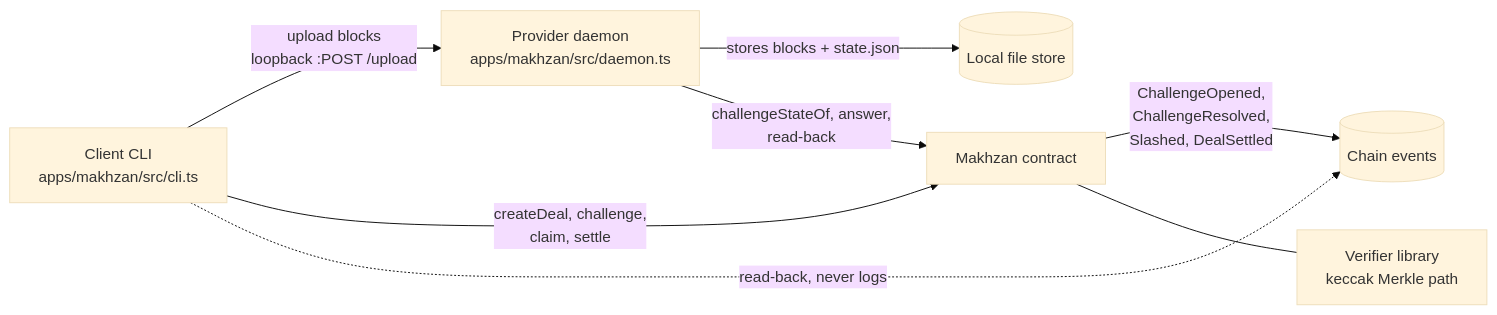
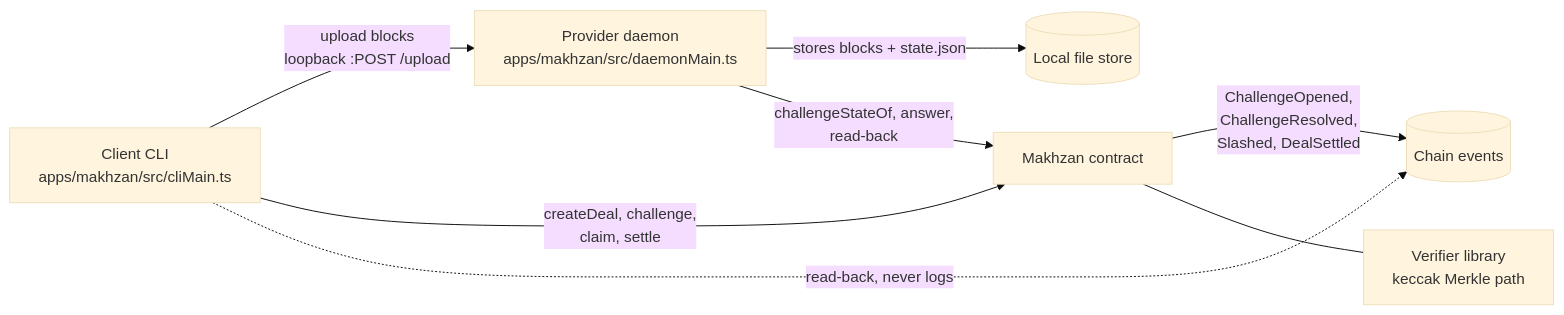
Before and after one commit to MohammedSoliman10/portaldot-hackathon-2026-makhzan-soliman: the diagram in README.md, drawn with Mermaid (base theme). The commit also changed other lines of this file and 1 other file, not shown here.

````diff
--- a/README.md
+++ b/README.md
@@ -41,10 +44,10 @@
 ```mermaid
 flowchart LR
-  A[Client CLI<br/>apps/makhzan/src/cli.ts] -->|upload blocks<br/>loopback :POST /upload| B[Provider daemon<br/>apps/makhzan/src/daemon.ts]
+  A[Client CLI<br/>apps/makhzan/src/cliMain.ts] -->|upload blocks<br/>loopback :POST /upload| B[Provider daemon<br/>apps/makhzan/src/daemonMain.ts]
   B -->|stores blocks + state.json| S[(Local file store)]
   A -->|createDeal, challenge,<br/>claim, settle| C[Makhzan contract]
   B -->|challengeStateOf, answer,<br/>read-back| C
   C -->|ChallengeOpened,<br/>ChallengeResolved,<br/>Slashed, DealSettled| CH[(Chain events)]
   C --- V[Verifier library<br/>keccak Merkle path]
   A -.->|read-back, never logs| CH
 ```
````
